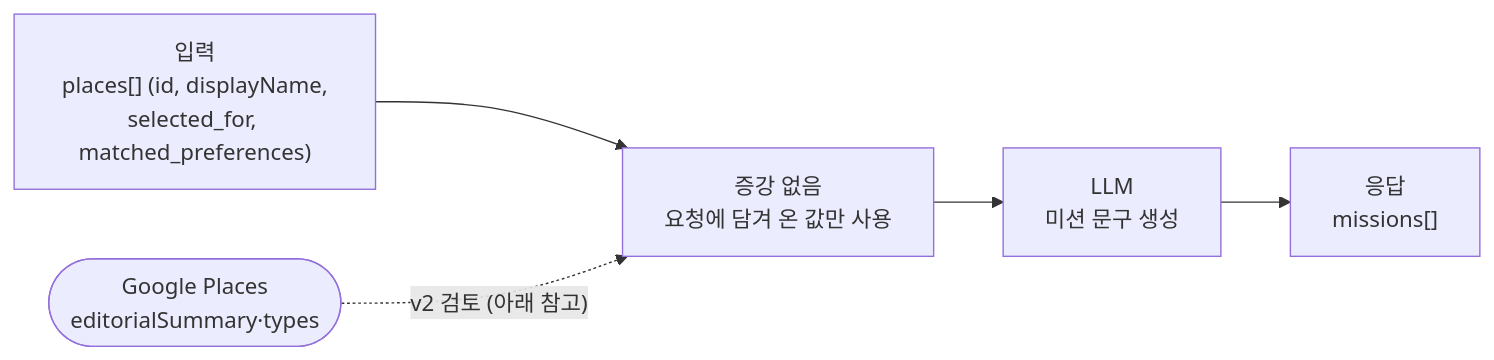
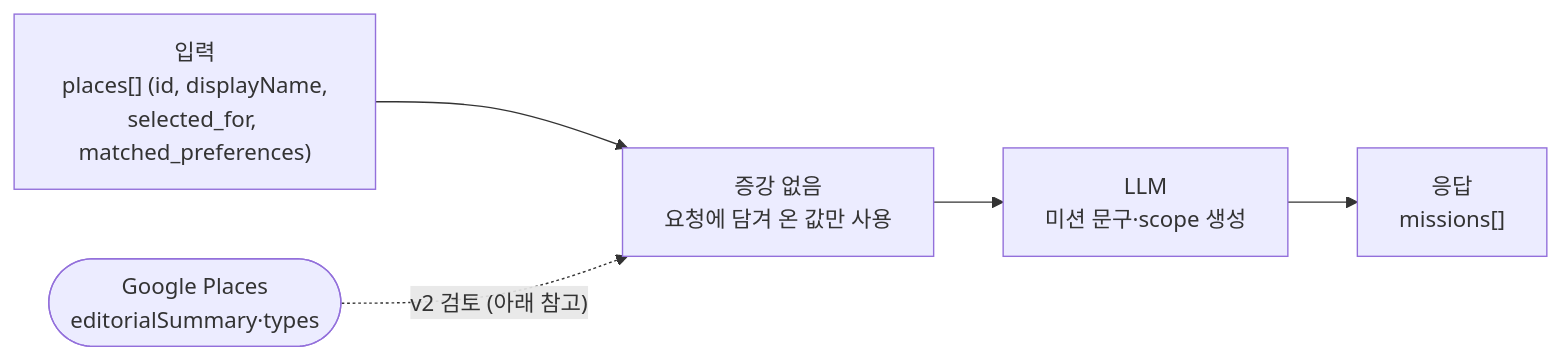
The second of 3 diagrams in docs/weeks_task/02_weeks/05.md (100-hours-a-week/KTB4-20th-AI), drawn with Mermaid before and after one commit. The commit also changed other lines of this file, not shown here.

Commit message:
docs(photomissions): 5단계 문서에 구현 후 변경사항 반영함

````diff
--- a/docs/weeks_task/02_weeks/05.md
+++ b/docs/weeks_task/02_weeks/05.md
@@ -157,7 +157,7 @@
 ```mermaid
 flowchart LR
     A["입력<br/>places[] (id, displayName,<br/>selected_for, matched_preferences)"] --> B["증강 없음<br/>요청에 담겨 온 값만 사용"]
-    B --> C["LLM<br/>미션 문구 생성"]
+    B --> C["LLM<br/>미션 문구·scope 생성"]
     C --> D["응답<br/>missions[]"]
     E(["Google Places<br/>editorialSummary·types"]) -. "v2 검토 (아래 참고)" .-> B
 ```
````
